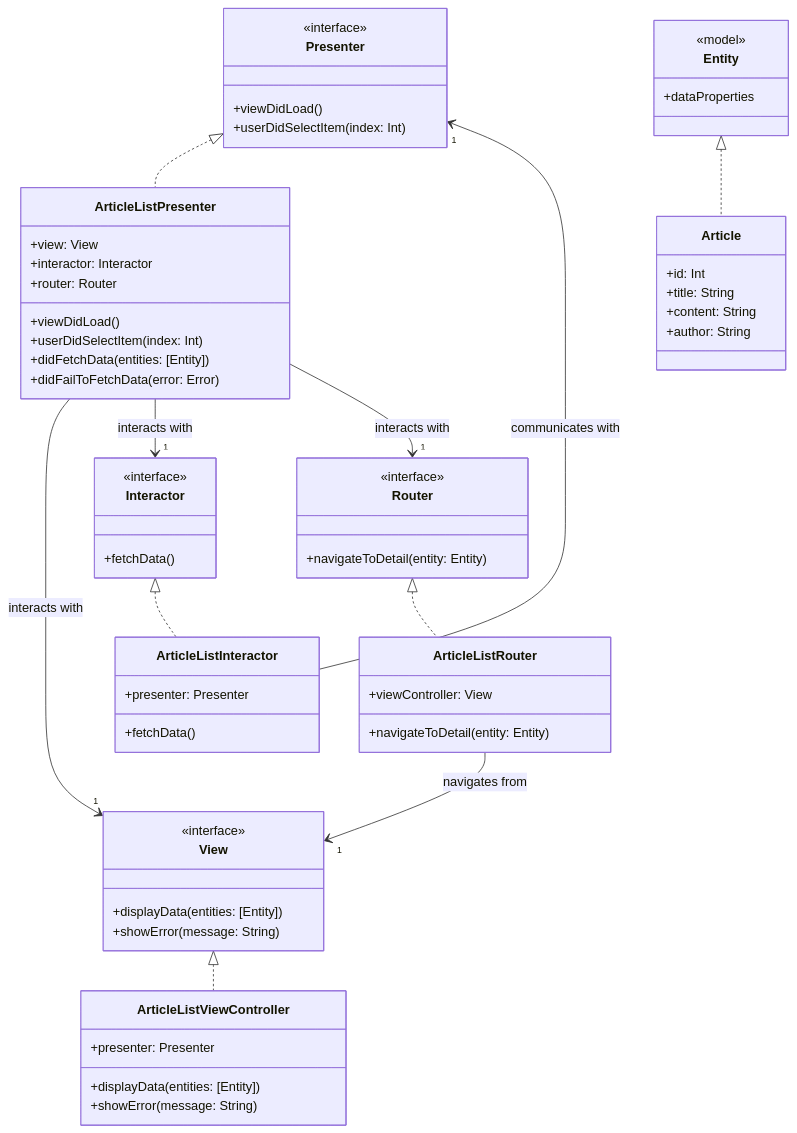
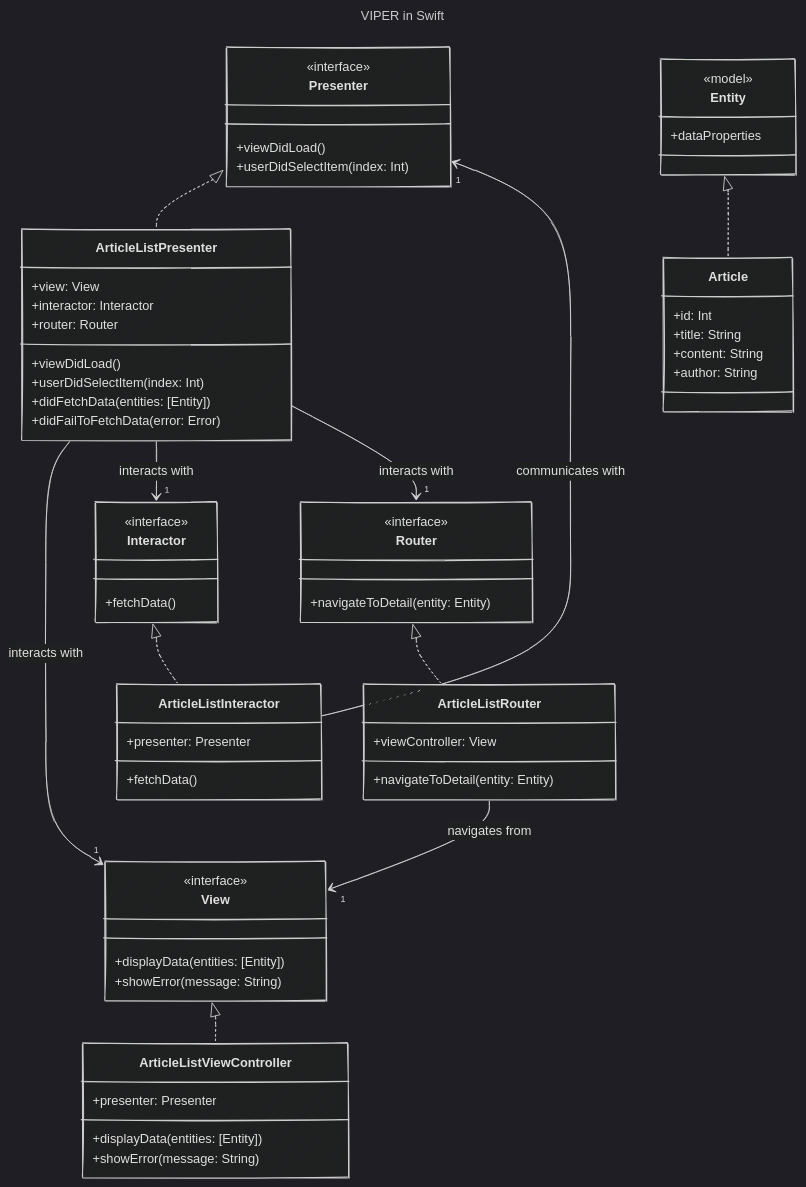
Before and after one commit to CongLeSolutionX/iOS-development-vault: the first of 2 diagrams in Design_Patterns/VIPER.md, drawn with Mermaid. The commit also changed other lines of this file and 6 other files, not shown here.

````diff
--- a/Design_Patterns/VIPER.md
+++ b/Design_Patterns/VIPER.md
@@ -20,4 +20,10 @@
 ```mermaid
+---
+title: VIPER in Swift
+config:
+  look: handDrawn
+  theme: dark
+---
 classDiagram
     %% VIPER Components
     class View {
````
